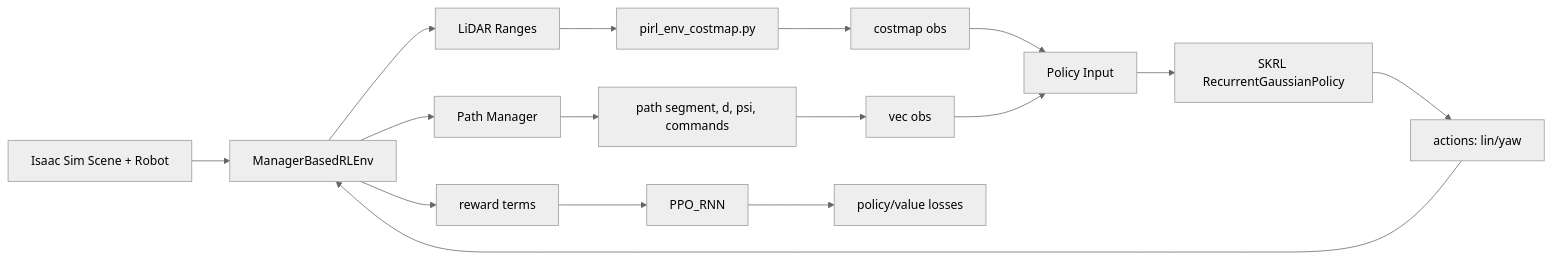
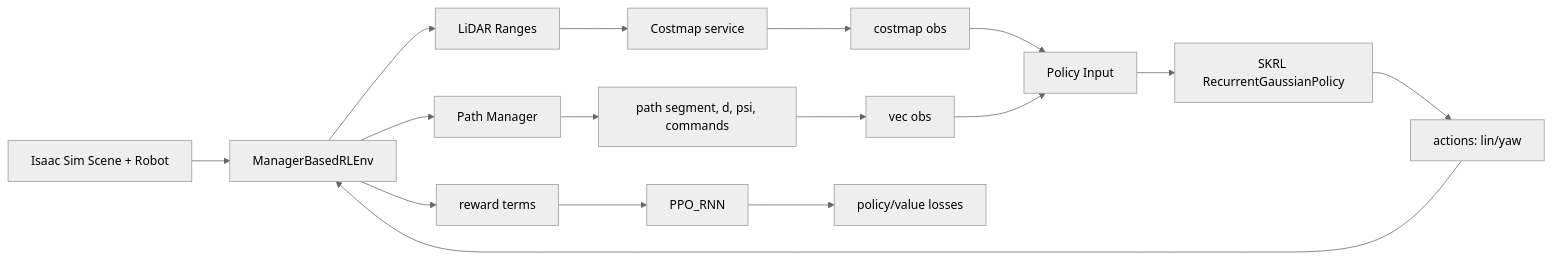
The diagram in AGENTS.md (ulanpy/pirl), drawn with Mermaid (neutral theme) before and after one commit. The commit also changed other lines of this file and 37 other files, not shown here.

````diff
--- a/AGENTS.md
+++ b/AGENTS.md
@@ -93,18 +96,18 @@
 ```mermaid
 flowchart LR
   A[Isaac Sim Scene + Robot] --> B[ManagerBasedRLEnv]
   B --> C[LiDAR Ranges]
   B --> D[Path Manager]
-  C --> E[pirl_env_costmap.py]
+  C --> E[Costmap service]
   D --> F[path segment, d, psi, commands]
   E --> G[costmap obs]
   F --> H[vec obs]
   G --> I[Policy Input]
   H --> I
   I --> J[SKRL RecurrentGaussianPolicy]
   J --> K[actions: lin/yaw]
   K --> B
   B --> L[reward terms]
   L --> M[PPO_RNN]
   M --> N[policy/value losses]
 ```
````
